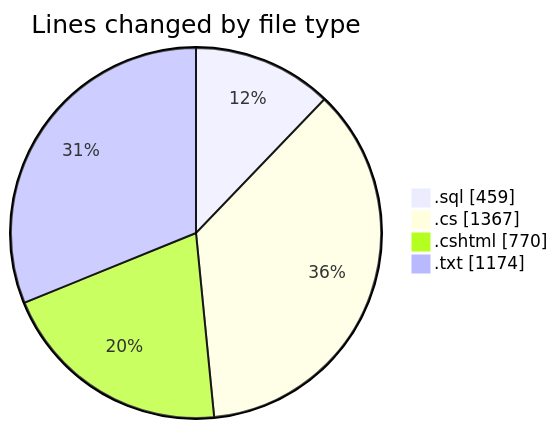
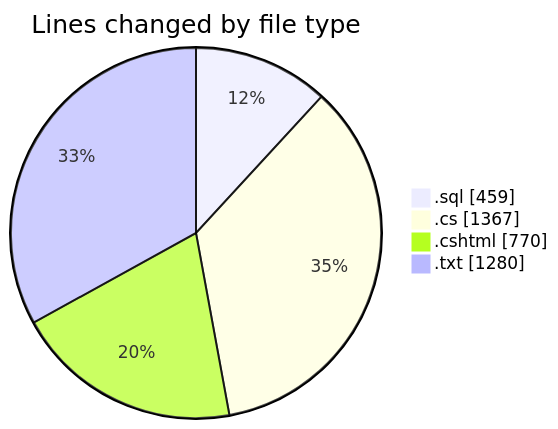
One commit to lephambinh05/code-tracking changed the first of 2 diagrams in 2025-07-23/quanlyrapchieuphim/README.md. Above: the diagram before and after it, drawn with Mermaid. The commit also changed other lines of this file and 1 other file, not shown here.

````diff
--- a/2025-07-23/quanlyrapchieuphim/README.md
+++ b/2025-07-23/quanlyrapchieuphim/README.md
@@ -29,8 +29,8 @@
 ```mermaid
 pie showData
 title Lines changed by file type
 ".sql" : 459
 ".cs" : 1367
 ".cshtml" : 770
-".txt" : 1174
+".txt" : 1280
 ```
````
